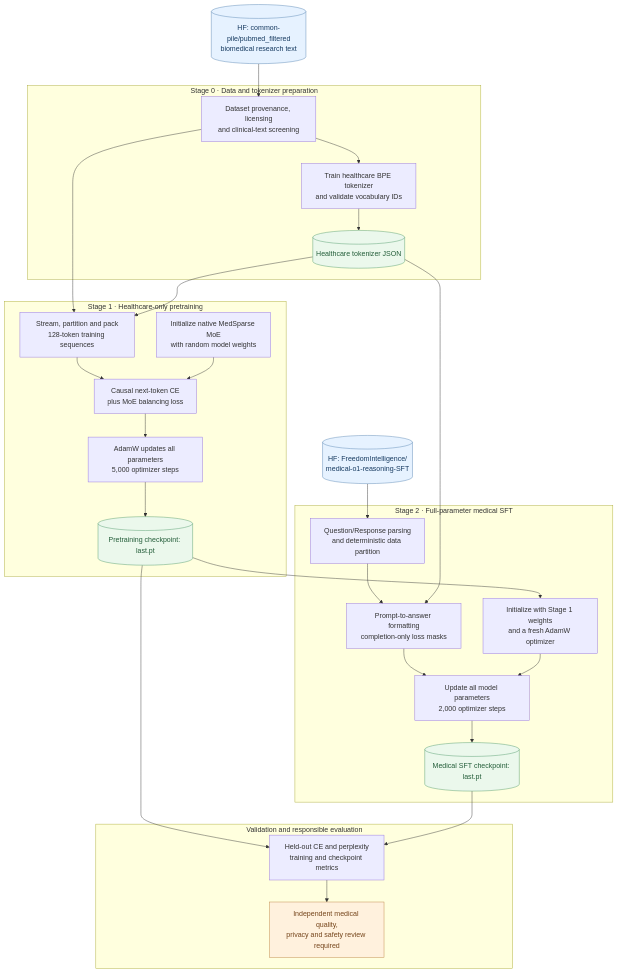
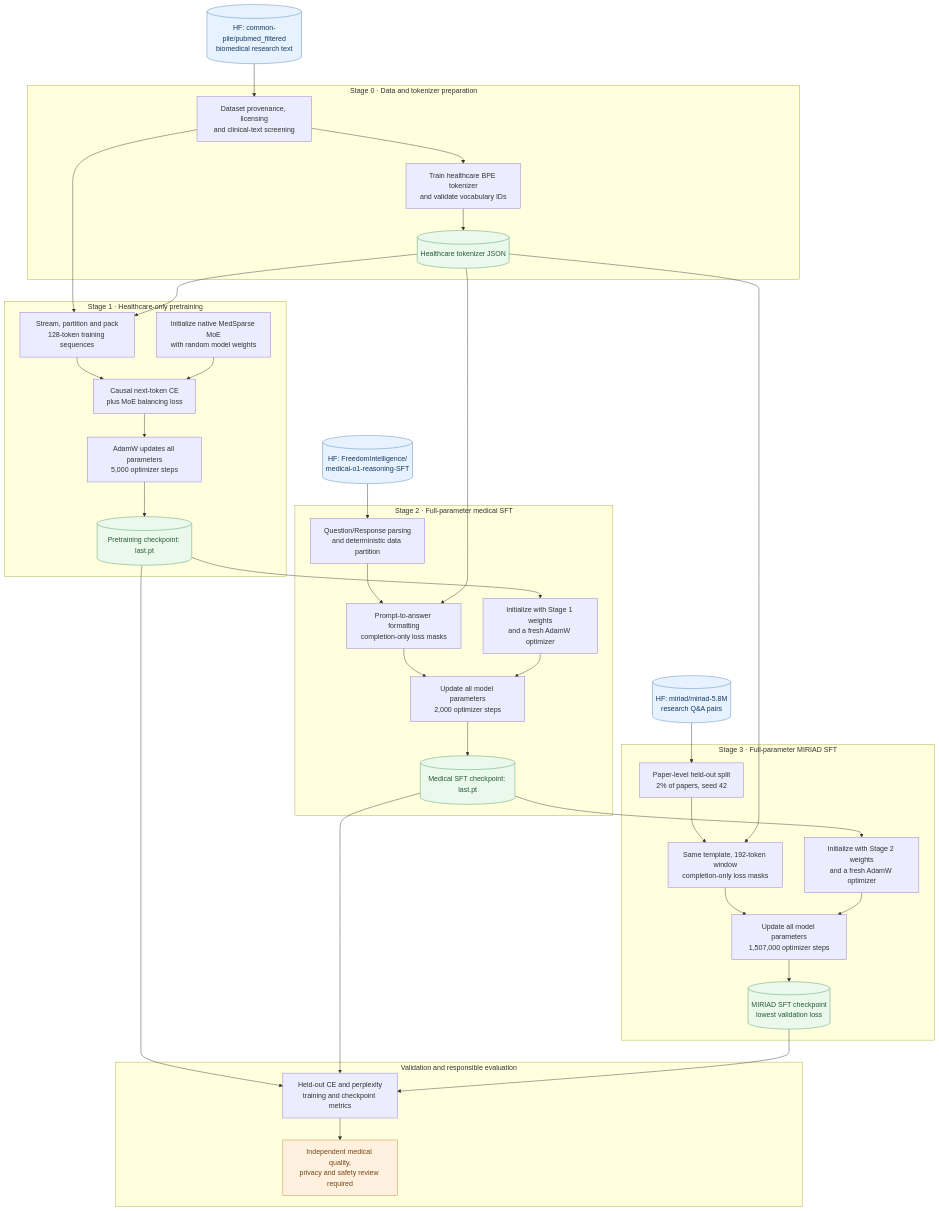
The diagram in diagrams/High-Level-Architecture.mmd (su394611-del/MedSparse-Healthcare-LLM-From-Scratch), drawn with Mermaid before and after one commit. The commit also changed 6 other files, not shown here.

```diff
--- a/diagrams/High-Level-Architecture.mmd
+++ b/diagrams/High-Level-Architecture.mmd
@@ -1,53 +1,68 @@
 flowchart TB
     HFS[("HF: common-pile/pubmed_filtered<br/>biomedical research text")]
     HFM[("HF: FreedomIntelligence/<br/>medical-o1-reasoning-SFT")]
+    HFR[("HF: miriad/miriad-5.8M<br/>research Q&A pairs")]
 
     subgraph PREP["Stage 0 · Data and tokenizer preparation"]
       AUDIT["Dataset provenance, licensing<br/>and clinical-text screening"]
       BPE["Train healthcare BPE tokenizer<br/>and validate vocabulary IDs"]
       TOK[("Healthcare tokenizer JSON")]
       AUDIT --> BPE --> TOK
     end
 
     subgraph PRETRAIN["Stage 1 · Healthcare-only pretraining"]
       PACK["Stream, partition and pack<br/>128-token training sequences"]
       INIT["Initialize native MedSparse MoE<br/>with random model weights"]
       CE["Causal next-token CE<br/>plus MoE balancing loss"]
       ADAM["AdamW updates all parameters<br/>5,000 optimizer steps"]
       CK1[("Pretraining checkpoint: last.pt")]
       PACK --> CE
       INIT --> CE
       CE --> ADAM --> CK1
     end
 
     subgraph SFT["Stage 2 · Full-parameter medical SFT"]
       FORMAT["Question/Response parsing<br/>and deterministic data partition"]
       MASK["Prompt-to-answer formatting<br/>completion-only loss masks"]
       LOAD["Initialize with Stage 1 weights<br/>and a fresh AdamW optimizer"]
       UPDATE["Update all model parameters<br/>2,000 optimizer steps"]
       CK2[("Medical SFT checkpoint: last.pt")]
       FORMAT --> MASK --> UPDATE
       LOAD --> UPDATE --> CK2
     end
 
+    subgraph MIRIAD["Stage 3 · Full-parameter MIRIAD SFT"]
+      SPLIT["Paper-level held-out split<br/>2% of papers, seed 42"]
+      MASK3["Same template, 192-token window<br/>completion-only loss masks"]
+      LOAD3["Initialize with Stage 2 weights<br/>and a fresh AdamW optimizer"]
+      UPDATE3["Update all model parameters<br/>1,507,000 optimizer steps"]
+      CK3[("MIRIAD SFT checkpoint<br/>lowest validation loss")]
+      SPLIT --> MASK3 --> UPDATE3
+      LOAD3 --> UPDATE3 --> CK3
+    end
+
     subgraph VERIFY["Validation and responsible evaluation"]
       METRICS["Held-out CE and perplexity<br/>training and checkpoint metrics"]
       REVIEW["Independent medical quality,<br/>privacy and safety review required"]
       METRICS --> REVIEW
     end
 
     HFS --> AUDIT
     AUDIT --> PACK
     TOK --> PACK
     TOK --> MASK
     CK1 --> LOAD
     HFM --> FORMAT
     CK1 --> METRICS
+    CK2 --> LOAD3
+    HFR --> SPLIT
+    TOK --> MASK3
     CK2 --> METRICS
+    CK3 --> METRICS
 
     classDef source fill:#e6f2ff,stroke:#5583b2,color:#173b61
     classDef checkpoint fill:#ebf8ec,stroke:#4d9869,color:#235d39
     classDef caution fill:#fff1dd,stroke:#bc8241,color:#75451b
-    class HFS,HFM source
-    class TOK,CK1,CK2 checkpoint
+    class HFS,HFM,HFR source
+    class TOK,CK1,CK2,CK3 checkpoint
     class REVIEW caution
```
